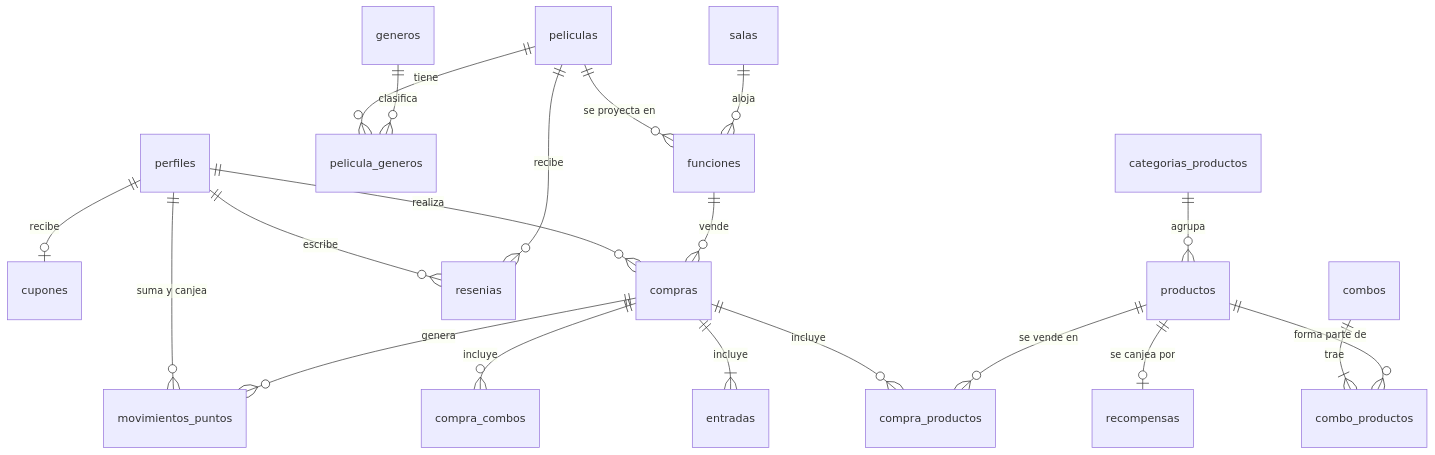
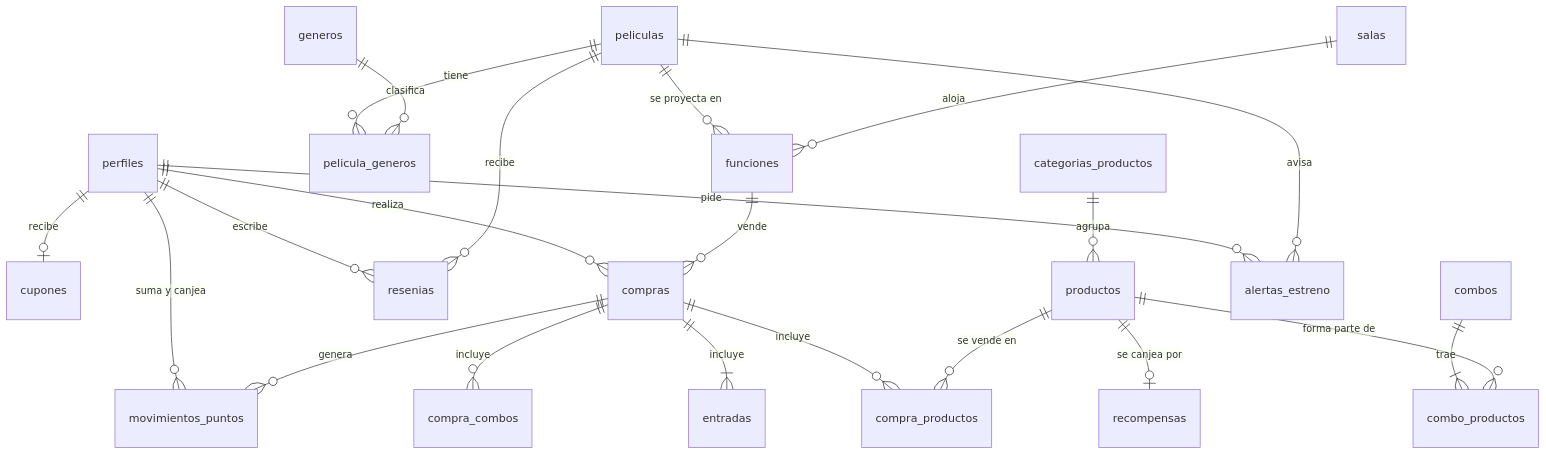
Before and after one commit to KevinPlucci/avenida-Cine: the diagram in TECNICO.md, drawn with Mermaid. The commit also changed other lines of this file and 37 other files, not shown here.

First line of the commit message:
Email 08/03: proximamente, preventa por pelicula, alertas de estreno y mis peliculas

````diff
--- a/TECNICO.md
+++ b/TECNICO.md
@@ -150,22 +155,24 @@
 ```mermaid
 erDiagram
   perfiles ||--o| cupones : "recibe"
   perfiles ||--o{ compras : "realiza"
   perfiles ||--o{ resenias : "escribe"
   peliculas ||--o{ pelicula_generos : "tiene"
   generos ||--o{ pelicula_generos : "clasifica"
   peliculas ||--o{ funciones : "se proyecta en"
   salas ||--o{ funciones : "aloja"
   funciones ||--o{ compras : "vende"
   compras ||--|{ entradas : "incluye"
   compras ||--o{ compra_productos : "incluye"
   categorias_productos ||--o{ productos : "agrupa"
   productos ||--o{ compra_productos : "se vende en"
   combos ||--|{ combo_productos : "trae"
   productos ||--o{ combo_productos : "forma parte de"
   compras ||--o{ compra_combos : "incluye"
   productos ||--o| recompensas : "se canjea por"
   perfiles ||--o{ movimientos_puntos : "suma y canjea"
   compras ||--o{ movimientos_puntos : "genera"
   peliculas ||--o{ resenias : "recibe"
+  perfiles ||--o{ alertas_estreno : "pide"
+  peliculas ||--o{ alertas_estreno : "avisa"
 ```
````
